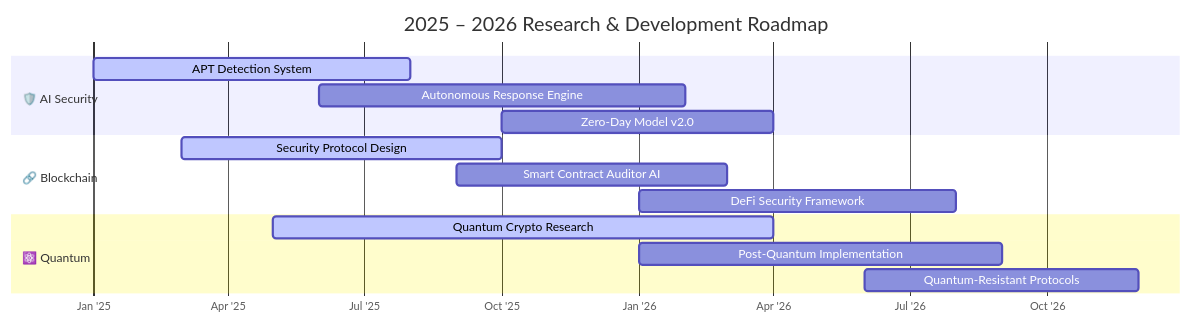
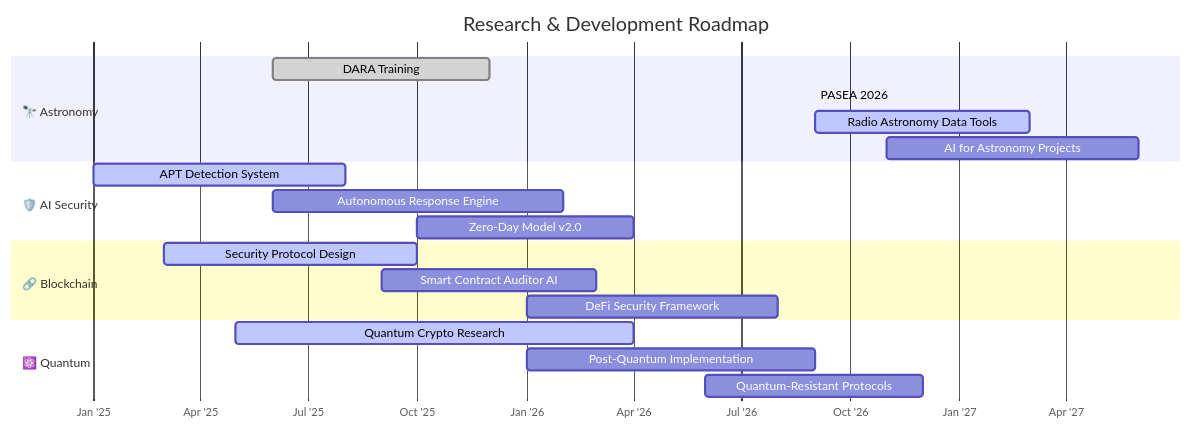
Before and after one commit to LuthandoCandlovu/LuthandoCandlovu: the seventh of 7 diagrams in README.md, drawn with Mermaid. The commit also changed other lines of this file, not shown here.

````diff
--- a/README.md
+++ b/README.md
@@ -999,21 +1424,27 @@
 ```mermaid
 gantt
-    title 2025 – 2026 Research & Development Roadmap
+    title Research & Development Roadmap
     dateFormat  YYYY-MM
     axisFormat  %b '%y
+
+    section 🔭 Astronomy
+    DARA Training                  :done,   dara,  2025-06, 2025-12
+    PASEA 2026                     :done,   pasea, 2026-09, 2026-09
+    Radio Astronomy Data Tools     :active, rad,   2026-09, 2027-03
+    AI for Astronomy Projects      :        aia,   2026-11, 2027-06
 
     section 🛡️ AI Security
     APT Detection System           :active, apt,  2025-01, 2025-08
     Autonomous Response Engine     :        are,  2025-06, 2026-02
     Zero-Day Model v2.0            :        zdv2, 2025-10, 2026-04
 
     section 🔗 Blockchain
     Security Protocol Design       :active, blk,  2025-03, 2025-10
     Smart Contract Auditor AI      :        sca,  2025-09, 2026-03
     DeFi Security Framework        :        dsf,  2026-01, 2026-08
 
     section ⚛️ Quantum
     Quantum Crypto Research        :active, qcr,  2025-05, 2026-04
     Post-Quantum Implementation    :        pqi,  2026-01, 2026-09
     Quantum-Resistant Protocols    :        qrp,  2026-06, 2026-12
 ```
````
